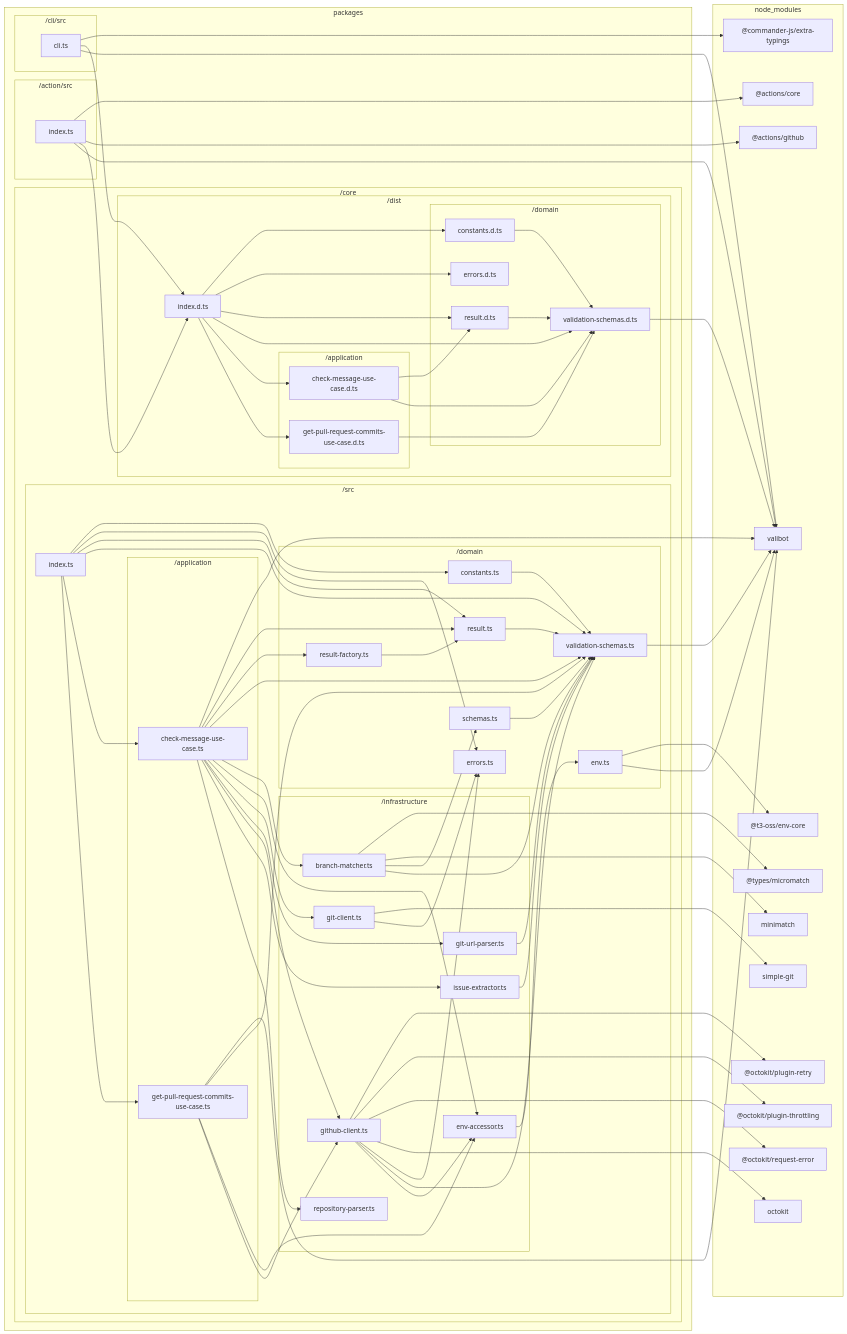
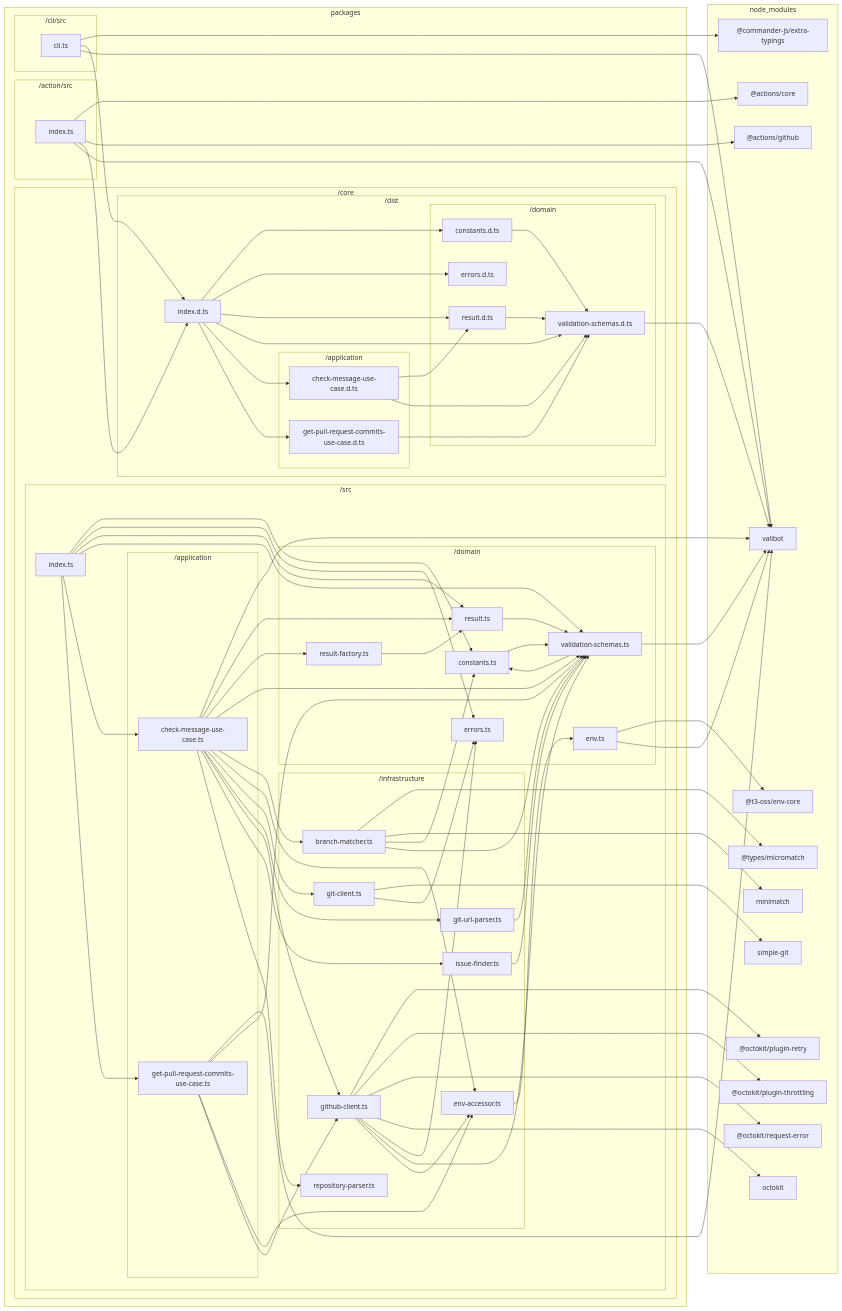
Before and after one commit to sugurutakahashi-1234/issue-linker: the diagram in docs/reports/dependencies/all.md, drawn with Mermaid. The commit also changed 20 other files, not shown here.

```diff
--- a/docs/reports/dependencies/all.md
+++ b/docs/reports/dependencies/all.md
@@ -29,7 +29,6 @@
                     packages/core/src/domain/errors.ts["errors.ts"]
                     packages/core/src/domain/result.ts["result.ts"]
                     packages/core/src/domain/result//factory.ts["result-factory.ts"]
-                    packages/core/src/domain/schemas.ts["schemas.ts"]
                     packages/core/src/domain/env.ts["env.ts"]
                 end
                 subgraph packages/core/src/infrastructure["/infrastructure"]
@@ -38,7 +37,7 @@
                     packages/core/src/infrastructure/git//client.ts["git-client.ts"]
                     packages/core/src/infrastructure/git//url//parser.ts["git-url-parser.ts"]
                     packages/core/src/infrastructure/github//client.ts["github-client.ts"]
-                    packages/core/src/infrastructure/issue//extractor.ts["issue-extractor.ts"]
+                    packages/core/src/infrastructure/issue//finder.ts["issue-finder.ts"]
                     packages/core/src/infrastructure/repository//parser.ts["repository-parser.ts"]
                 end
                 subgraph packages/core/src/application["/application"]
@@ -88,13 +87,13 @@
     packages/cli/src/cli.ts-->packages/core/dist/index.d.ts
     packages/cli/src/cli.ts-->node//modules/valibot/dist/index.d.cts
     packages/core/src/domain/validation//schemas.ts-->node//modules/valibot/dist/index.d.cts
+    packages/core/src/domain/validation//schemas.ts-->packages/core/src/domain/constants.ts
     packages/core/src/domain/constants.ts-->packages/core/src/domain/validation//schemas.ts
     packages/core/src/domain/result.ts-->packages/core/src/domain/validation//schemas.ts
     packages/core/src/domain/result//factory.ts-->packages/core/src/domain/result.ts
-    packages/core/src/domain/schemas.ts-->packages/core/src/domain/validation//schemas.ts
     packages/core/src/infrastructure/branch//matcher.ts-->node//modules///types/micromatch/index.d.ts
     packages/core/src/infrastructure/branch//matcher.ts-->node//modules/minimatch/dist/commonjs/index.d.ts
-    packages/core/src/infrastructure/branch//matcher.ts-->packages/core/src/domain/schemas.ts
+    packages/core/src/infrastructure/branch//matcher.ts-->packages/core/src/domain/constants.ts
     packages/core/src/infrastructure/branch//matcher.ts-->packages/core/src/domain/validation//schemas.ts
     packages/core/src/domain/env.ts-->node//modules///t3//oss/env//core/dist/index.d.ts
     packages/core/src/domain/env.ts-->node//modules/valibot/dist/index.d.cts
@@ -109,7 +108,7 @@
     packages/core/src/infrastructure/github//client.ts-->packages/core/src/domain/errors.ts
     packages/core/src/infrastructure/github//client.ts-->packages/core/src/domain/validation//schemas.ts
     packages/core/src/infrastructure/github//client.ts-->packages/core/src/infrastructure/env//accessor.ts
-    packages/core/src/infrastructure/issue//extractor.ts-->packages/core/src/domain/validation//schemas.ts
+    packages/core/src/infrastructure/issue//finder.ts-->packages/core/src/domain/validation//schemas.ts
     packages/core/src/application/check//message//use//case.ts-->node//modules/valibot/dist/index.d.cts
     packages/core/src/application/check//message//use//case.ts-->packages/core/src/domain/result.ts
     packages/core/src/application/check//message//use//case.ts-->packages/core/src/domain/result//factory.ts
@@ -119,7 +118,7 @@
     packages/core/src/application/check//message//use//case.ts-->packages/core/src/infrastructure/git//client.ts
     packages/core/src/application/check//message//use//case.ts-->packages/core/src/infrastructure/git//url//parser.ts
     packages/core/src/application/check//message//use//case.ts-->packages/core/src/infrastructure/github//client.ts
-    packages/core/src/application/check//message//use//case.ts-->packages/core/src/infrastructure/issue//extractor.ts
+    packages/core/src/application/check//message//use//case.ts-->packages/core/src/infrastructure/issue//finder.ts
     packages/core/src/application/check//message//use//case.ts-->packages/core/src/infrastructure/repository//parser.ts
     packages/core/src/application/get//pull//request//commits//use//case.ts-->node//modules/valibot/dist/index.d.cts
     packages/core/src/application/get//pull//request//commits//use//case.ts-->packages/core/src/domain/validation//schemas.ts
```
